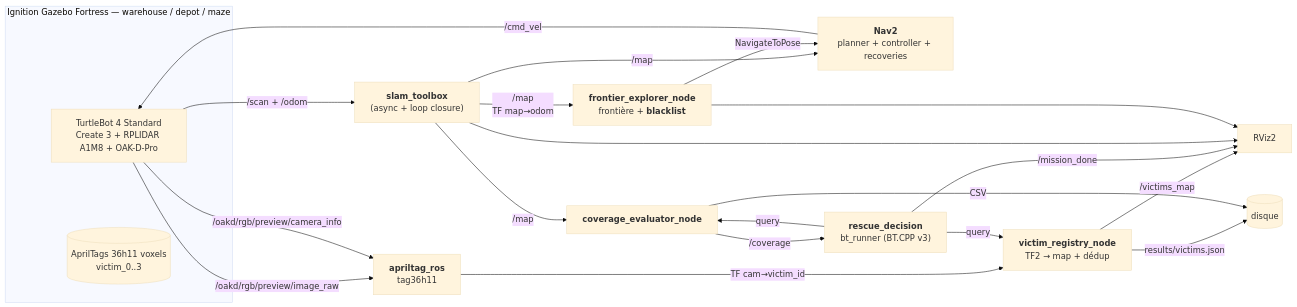
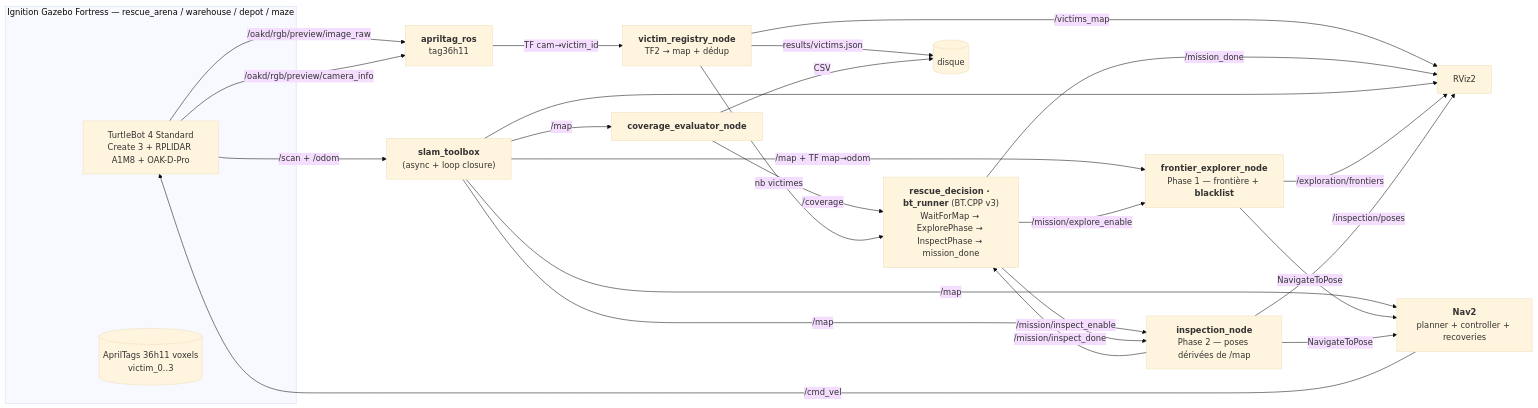
One commit to YiZeems/autonomous-search-and-rescue changed the diagram in README.fr.md. Above: the diagram before and after it, drawn with Mermaid (base theme). The commit also changed other lines of this file and 51 other files, not shown here.

````diff
--- a/README.fr.md
+++ b/README.fr.md
@@ -77,34 +79,40 @@
 ```mermaid
 flowchart LR
-    subgraph SIM["Ignition Gazebo Fortress — warehouse / depot / maze"]
+    subgraph SIM["Ignition Gazebo Fortress — rescue_arena / warehouse / depot / maze"]
         ROBOT[TurtleBot 4 Standard<br/>Create 3 + RPLIDAR A1M8 + OAK-D-Pro]
         TAGS[(AprilTags 36h11 voxels<br/>victim_0..3)]
     end
 
     ROBOT -- /scan + /odom --> SLAM
     ROBOT -- /oakd/rgb/preview/image_raw --> APRIL
     ROBOT -- /oakd/rgb/preview/camera_info --> APRIL
 
-    SLAM["<b>slam_toolbox</b><br/>(async + loop closure)"] -- /map<br/>TF map→odom --> EXPLORE
+    SLAM["<b>slam_toolbox</b><br/>(async + loop closure)"] -- "/map + TF map→odom" --> EXPLORE
     SLAM -- /map --> METRIC
     SLAM -- /map --> NAV2
+    SLAM -- /map --> INSPECT
 
     APRIL["<b>apriltag_ros</b><br/>tag36h11"] -- TF cam→victim_id --> REG
 
-    EXPLORE["<b>frontier_explorer_node</b><br/>frontière + <b>blacklist</b>"] -- NavigateToPose --> NAV2
+    BT["<b>rescue_decision · bt_runner</b> (BT.CPP v3)<br/>WaitForMap → ExplorePhase → InspectPhase → mission_done"]
+    BT -- /mission/explore_enable --> EXPLORE
+    BT -- /mission/inspect_enable --> INSPECT
+    METRIC -- /coverage --> BT
+    INSPECT -- /mission/inspect_done --> BT
+    REG -- nb victimes --> BT
+
+    EXPLORE["<b>frontier_explorer_node</b><br/>Phase 1 — frontière + <b>blacklist</b>"] -- NavigateToPose --> NAV2
+    INSPECT["<b>inspection_node</b><br/>Phase 2 — poses dérivées de /map"] -- NavigateToPose --> NAV2
     REG["<b>victim_registry_node</b><br/>TF2 → map + dédup"] -- /victims_map --> RVIZ
     REG -- results/victims.json --> FS[(disque)]
 
-    BT["<b>rescue_decision</b><br/>bt_runner (BT.CPP v3)"] -- /mission_done --> RVIZ
-    BT -- query --> REG
-    BT -- query --> METRIC
-
     NAV2["<b>Nav2</b><br/>planner + controller + recoveries"] -- /cmd_vel --> ROBOT
 
-    METRIC["<b>coverage_evaluator_node</b>"] -- /coverage --> BT
-    METRIC -- CSV --> FS
+    METRIC["<b>coverage_evaluator_node</b>"] -- CSV --> FS
+    BT -- /mission_done --> RVIZ
 
     RVIZ[RViz2]
     SLAM --> RVIZ
-    EXPLORE --> RVIZ
+    EXPLORE -- /exploration/frontiers --> RVIZ
+    INSPECT -- /inspection/poses --> RVIZ
 ```
````
